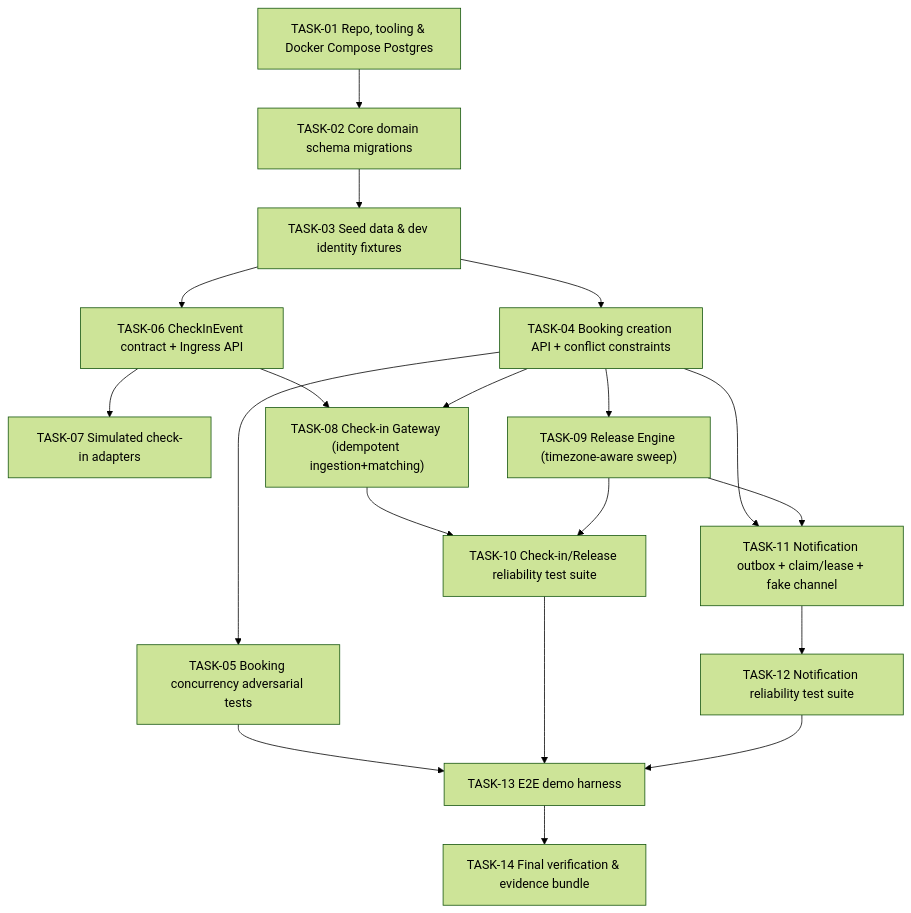
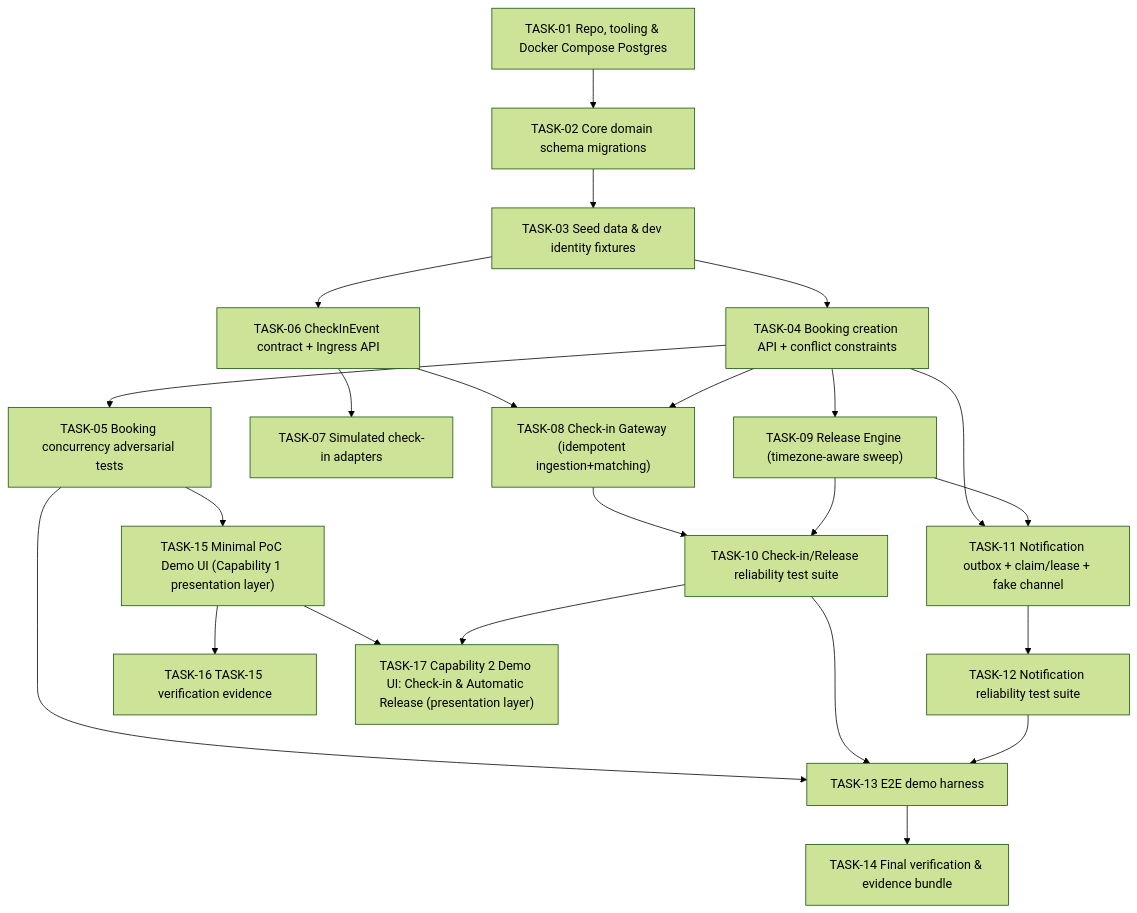
One commit to ailic12/siliconskunk changed the diagram in planning/poc-implementation-plan.md. Above: the diagram before and after it, drawn with Mermaid (forest theme). The commit also changed other lines of this file and 41 other files, not shown here.

````diff
--- a/planning/poc-implementation-plan.md
+++ b/planning/poc-implementation-plan.md
@@ -80,33 +82,39 @@
 ```mermaid
 flowchart TD
     T01["TASK-01 Repo, tooling & Docker Compose Postgres"]
     T02["TASK-02 Core domain schema migrations"]
     T03["TASK-03 Seed data & dev identity fixtures"]
     T04["TASK-04 Booking creation API + conflict constraints"]
     T05["TASK-05 Booking concurrency adversarial tests"]
     T06["TASK-06 CheckInEvent contract + Ingress API"]
     T07["TASK-07 Simulated check-in adapters"]
     T08["TASK-08 Check-in Gateway (idempotent ingestion+matching)"]
     T09["TASK-09 Release Engine (timezone-aware sweep)"]
     T10["TASK-10 Check-in/Release reliability test suite"]
     T11["TASK-11 Notification outbox + claim/lease + fake channel"]
     T12["TASK-12 Notification reliability test suite"]
     T13["TASK-13 E2E demo harness"]
     T14["TASK-14 Final verification & evidence bundle"]
+    T15["TASK-15 Minimal PoC Demo UI (Capability 1 presentation layer)"]
+    T16["TASK-16 TASK-15 verification evidence"]
+    T17["TASK-17 Capability 2 Demo UI: Check-in & Automatic Release (presentation layer)"]
 
     T01 --> T02 --> T03
     T03 --> T04 --> T05
     T03 --> T06 --> T07
     T06 --> T08
     T04 --> T08
     T04 --> T09
     T08 --> T10
     T09 --> T10
     T04 --> T11
     T09 --> T11
     T11 --> T12
     T05 --> T13
     T10 --> T13
     T12 --> T13
     T13 --> T14
+    T05 --> T15 --> T16
+    T15 --> T17
+    T10 --> T17
 ```
````
